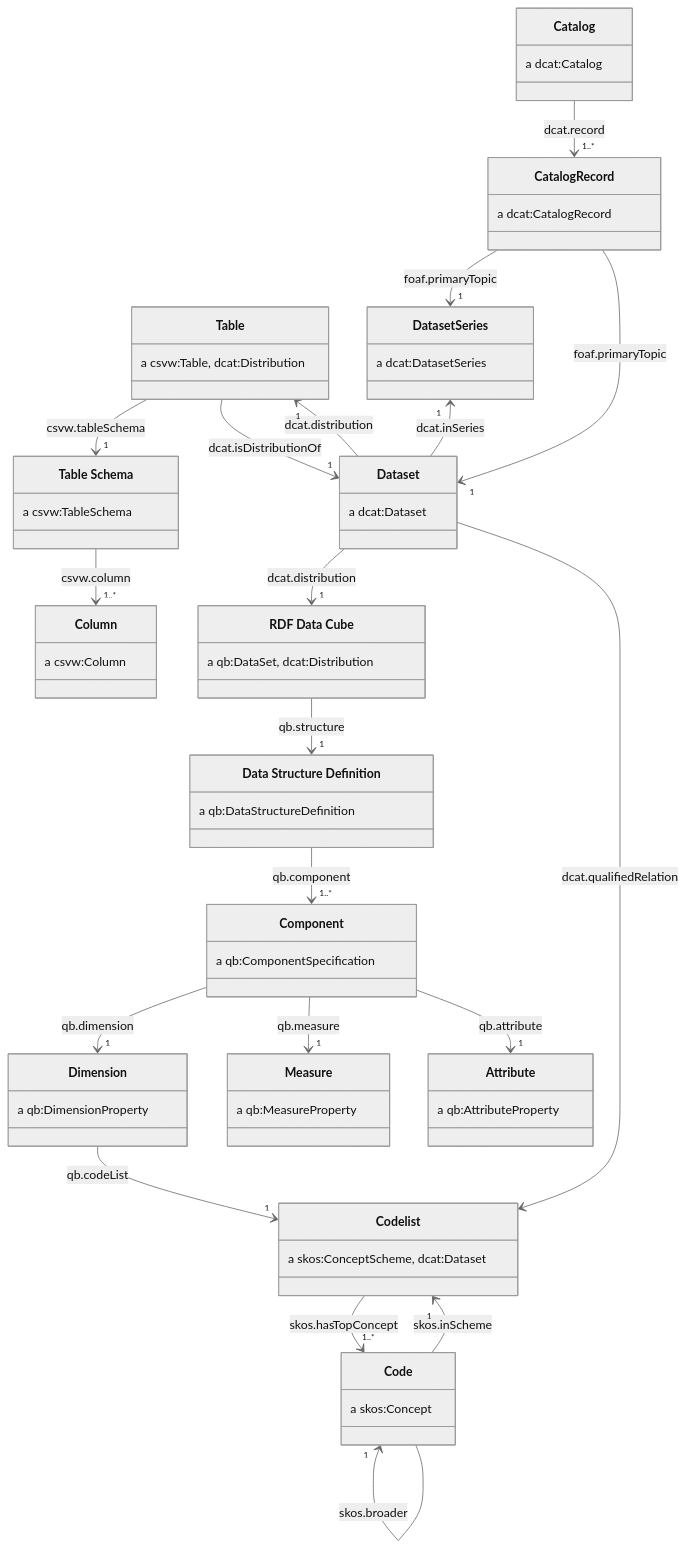
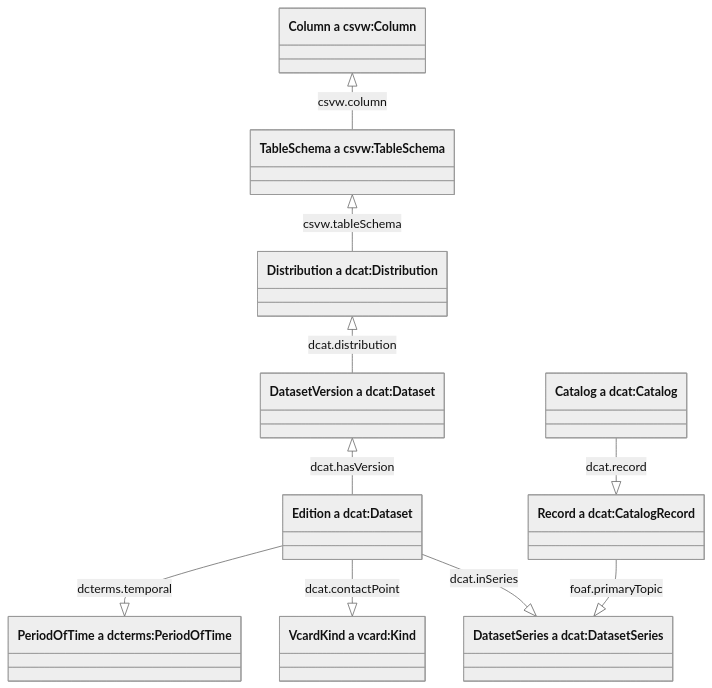
The first of 3 diagrams in rdf.md (ONSdigital/application-profile), drawn with Mermaid (neutral theme) before and after one commit. The commit also changed other lines of this file and 10 other files, not shown here.

````diff
--- a/rdf.md
+++ b/rdf.md
@@ -9,71 +8,24 @@
 ```mermaid
 classDiagram
-    class `Table` {
-        a csvw:Table, dcat:Distribution
-    }
-    class `Table Schema` {
-        a csvw:TableSchema
-    }
-    class `Column` {
-        a csvw:Column
-    }
-    class `Dataset` {
-        a dcat:Dataset
-    }
-    class `RDF Data Cube` {
-        a qb:DataSet, dcat:Distribution
-    }
-    class `Data Structure Definition` {
-        a qb:DataStructureDefinition
-    }
-    class Component {
-        a qb:ComponentSpecification
-    }
-    class Dimension {
-        a qb:DimensionProperty
-    }
-    class Measure {
-        a qb:MeasureProperty
-    }
-    class Attribute {
-        a qb:AttributeProperty
-    }
-    class Codelist {
-        a skos:ConceptScheme, dcat:Dataset
-    }
-    class Code {
-        a skos:Concept
-    }
-    class Catalog {
-        a dcat:Catalog
-    }
-    class CatalogRecord {
-        a dcat:CatalogRecord
-    }
-    class DatasetSeries{
-        a dcat:DatasetSeries
-    }
 
-    Catalog --> "1..*" CatalogRecord : dcat.record
-    CatalogRecord --> "1" DatasetSeries : foaf.primaryTopic
-    CatalogRecord --> "1" Dataset : foaf.primaryTopic
+Distribution <|-- DatasetVersion : dcat.distribution 
+DatasetVersion <|-- Edition : dcat.hasVersion
+Edition --|> DatasetSeries : dcat.inSeries 
+CatalogRecord --|> DatasetSeries : foaf.primaryTopic
+Catalog --|> CatalogRecord : dcat.record
+Edition --|> VcardKind : dcat.contactPoint
+Edition --|> PeriodOfTime : dcterms.temporal
+TableSchema <|-- Distribution : csvw.tableSchema
+Column <|-- TableSchema : csvw.column
 
-    DatasetSeries "1" <-- Dataset : dcat.inSeries
-
-    Table --> "1" `Table Schema`: csvw.tableSchema
-    `Table Schema` --> "1..*" Column: csvw.column
-    Table --> "1" Dataset: dcat.isDistributionOf
-    Table "1" <-- Dataset: dcat.distribution
-    Dataset --> "1" `RDF Data Cube` : dcat.distribution
-    `RDF Data Cube` --> "1" `Data Structure Definition` : qb.structure
-    `Data Structure Definition` --> "1..*" Component: qb.component
-    Component --> "1" Dimension: qb.dimension
-    Component --> "1" Measure: qb.measure
-    Component --> "1" Attribute: qb.attribute
-    Dimension --> "1" Codelist : qb.codeList
-    Codelist --> "1..*" Code : skos.hasTopConcept
-    Code --> "1" Codelist : skos.inScheme
-    Code --> "1..*" Code : skos.narrower
-    Code "1" <--  Code : skos.broader
-    Dataset --> Codelist : dcat.qualifiedRelation
+class Catalog["Catalog a dcat:Catalog"]
+class CatalogRecord["Record a dcat:CatalogRecord"]
+class TableSchema["TableSchema a csvw:TableSchema"]
+class Column["Column a csvw:Column"]
+class Edition["Edition a dcat:Dataset"]
+class VcardKind["VcardKind a vcard:Kind"]
+class PeriodOfTime["PeriodOfTime a dcterms:PeriodOfTime"]
+class Distribution["Distribution a dcat:Distribution"]
+class DatasetVersion["DatasetVersion a dcat:Dataset"]
+class DatasetSeries["DatasetSeries a dcat:DatasetSeries"]
 ```
````
